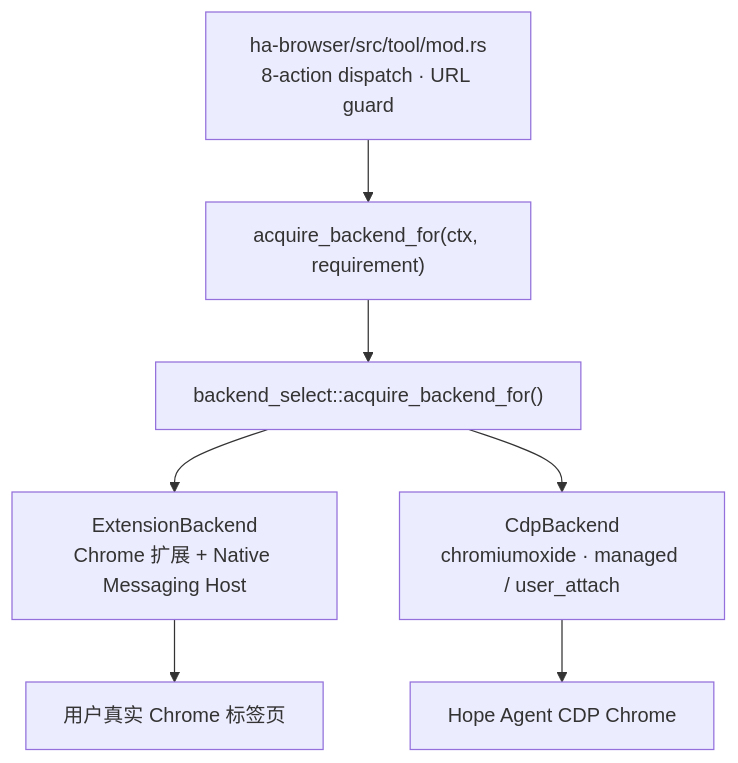
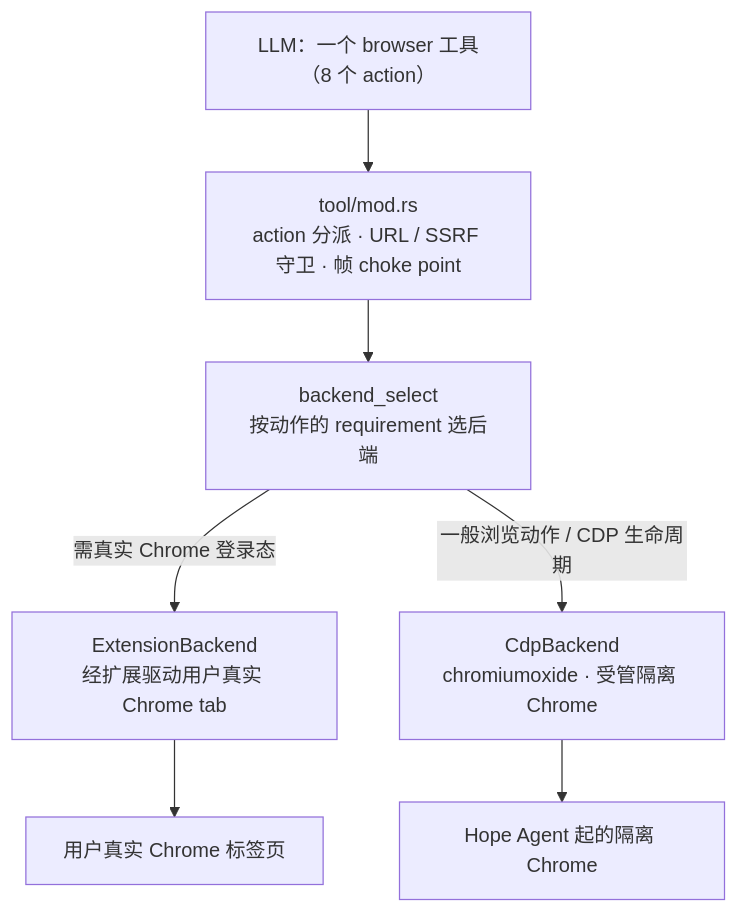
The first of 7 diagrams in docs/architecture/browser.md (shiwenwen/hope-agent), drawn with Mermaid before and after one commit. The commit also changed other lines of this file and 12 other files, not shown here.

````diff
--- a/docs/architecture/browser.md
+++ b/docs/architecture/browser.md
@@ -24,14 +48,14 @@
 ```mermaid
 flowchart TB
-    MOD["ha-browser/src/tool/mod.rs<br/>8-action dispatch · URL guard"]
-    ACQ["acquire_backend_for(ctx, requirement)"]
-    SEL["backend_select::acquire_backend_for()"]
-    EXT["ExtensionBackend<br/>Chrome 扩展 + Native Messaging Host"]
-    CDP["CdpBackend<br/>chromiumoxide · managed / user_attach"]
+    LLM["LLM：一个 browser 工具（8 个 action）"]
+    TOOL["tool/mod.rs<br/>action 分派 · URL / SSRF 守卫 · 帧 choke point"]
+    SEL["backend_select<br/>按动作的 requirement 选后端"]
+    EXT["ExtensionBackend<br/>经扩展驱动用户真实 Chrome tab"]
+    CDP["CdpBackend<br/>chromiumoxide · 受管隔离 Chrome"]
     REAL["用户真实 Chrome 标签页"]
-    HOPE["Hope Agent CDP Chrome"]
+    HOPE["Hope Agent 起的隔离 Chrome"]
 
-    MOD --> ACQ --> SEL
-    SEL --> EXT --> REAL
-    SEL --> CDP --> HOPE
+    LLM --> TOOL --> SEL
+    SEL -->|"需真实 Chrome 登录态"| EXT --> REAL
+    SEL -->|"一般浏览动作 / CDP 生命周期"| CDP --> HOPE
 ```
````
